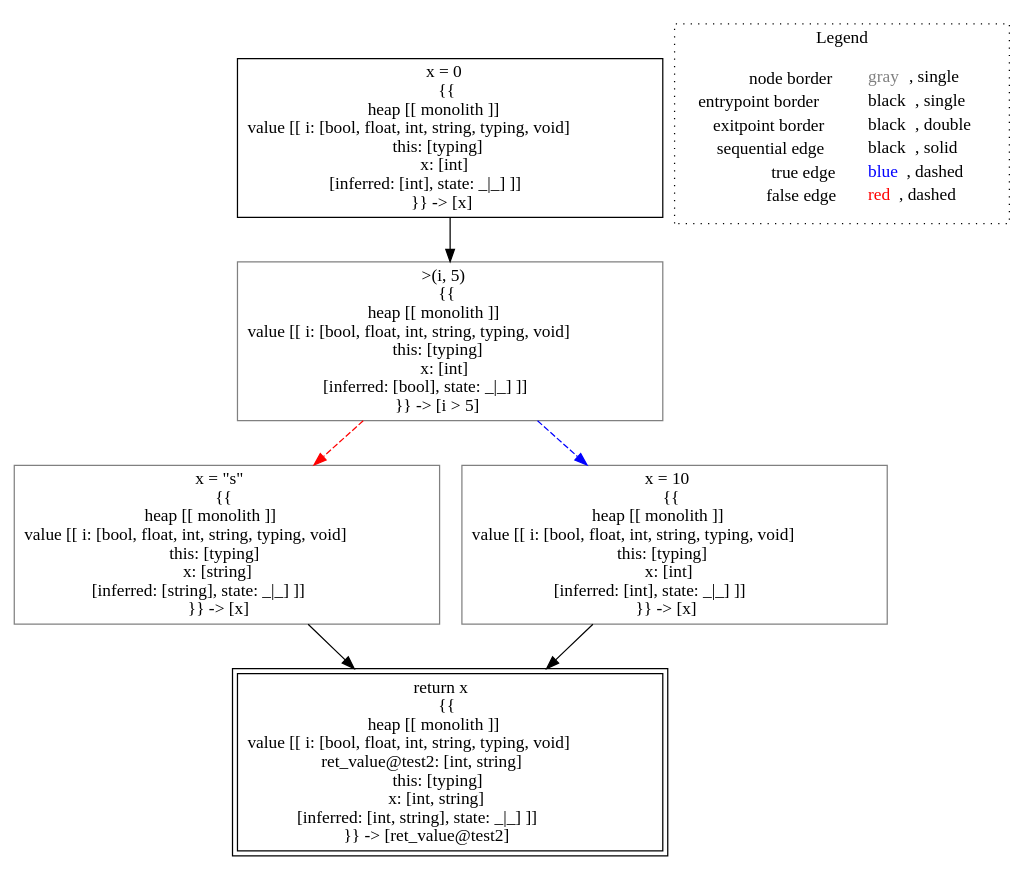
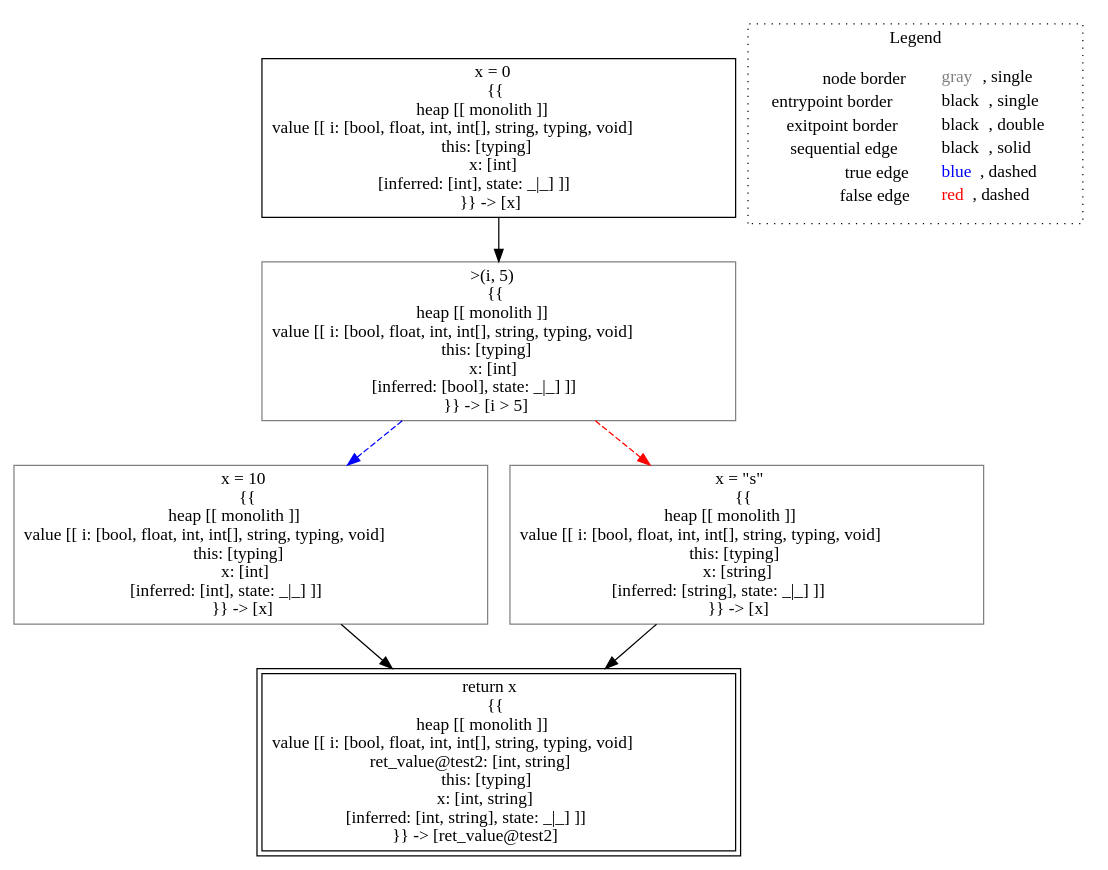
One commit to lisa-analyzer/lisa changed the diagram in lisa/imp-testcases/type-inference/typing___untyped_typing.test2(typing_this,_untyped_i).dot. Above: the diagram before and after it, drawn with Graphviz. The commit also changed 8 other files, not shown here.

Commit message:
#95 simple typing test, fixed monolithic rewriting for heap dereference

```diff
--- a/lisa/imp-testcases/type-inference/typing___untyped_typing.test2(typing_this,_untyped_i).dot
+++ b/lisa/imp-testcases/type-inference/typing___untyped_typing.test2(typing_this,_untyped_i).dot
@@ -1,19 +1,19 @@
 digraph {
-	"node0" [shape="rect",color="black",label=<x = 0<BR/>{{<BR/>heap [[ monolith ]]<BR/>value [[ i: [bool, float, int, string, typing, void]<BR/>this: [typing]<BR/>x: [int]<BR/>[inferred: [int], state: _|_] ]]<BR/>}} -&gt; [x]>];
-	"node1" [shape="rect",color="gray",label=<&gt;(i, 5)<BR/>{{<BR/>heap [[ monolith ]]<BR/>value [[ i: [bool, float, int, string, typing, void]<BR/>this: [typing]<BR/>x: [int]<BR/>[inferred: [bool], state: _|_] ]]<BR/>}} -&gt; [i &gt; 5]>];
-	"node2" [shape="rect",color="black",peripheries="2",label=<return x<BR/>{{<BR/>heap [[ monolith ]]<BR/>value [[ i: [bool, float, int, string, typing, void]<BR/>ret_value@test2: [int, string]<BR/>this: [typing]<BR/>x: [int, string]<BR/>[inferred: [int, string], state: _|_] ]]<BR/>}} -&gt; [ret_value@test2]>];
-	"node3" [shape="rect",color="gray",label=<x = &quot;s&quot;<BR/>{{<BR/>heap [[ monolith ]]<BR/>value [[ i: [bool, float, int, string, typing, void]<BR/>this: [typing]<BR/>x: [string]<BR/>[inferred: [string], state: _|_] ]]<BR/>}} -&gt; [x]>];
-	"node4" [shape="rect",color="gray",label=<x = 10<BR/>{{<BR/>heap [[ monolith ]]<BR/>value [[ i: [bool, float, int, string, typing, void]<BR/>this: [typing]<BR/>x: [int]<BR/>[inferred: [int], state: _|_] ]]<BR/>}} -&gt; [x]>];
-	"node0" -> "node1" [color="black"];
-	"node1" -> "node3" [color="red",style="dashed"];
-	"node1" -> "node4" [color="blue",style="dashed"];
-	"node3" -> "node2" [color="black"];
-	"node4" -> "node2" [color="black"];
+	"node0" [shape="rect",color="black",label=<x = 0<BR/>{{<BR/>heap [[ monolith ]]<BR/>value [[ i: [bool, float, int, int[], string, typing, void]<BR/>this: [typing]<BR/>x: [int]<BR/>[inferred: [int], state: _|_] ]]<BR/>}} -&gt; [x]>];
+	"node1" [shape="rect",color="gray",label=<x = 10<BR/>{{<BR/>heap [[ monolith ]]<BR/>value [[ i: [bool, float, int, int[], string, typing, void]<BR/>this: [typing]<BR/>x: [int]<BR/>[inferred: [int], state: _|_] ]]<BR/>}} -&gt; [x]>];
+	"node2" [shape="rect",color="gray",label=<&gt;(i, 5)<BR/>{{<BR/>heap [[ monolith ]]<BR/>value [[ i: [bool, float, int, int[], string, typing, void]<BR/>this: [typing]<BR/>x: [int]<BR/>[inferred: [bool], state: _|_] ]]<BR/>}} -&gt; [i &gt; 5]>];
+	"node3" [shape="rect",color="gray",label=<x = &quot;s&quot;<BR/>{{<BR/>heap [[ monolith ]]<BR/>value [[ i: [bool, float, int, int[], string, typing, void]<BR/>this: [typing]<BR/>x: [string]<BR/>[inferred: [string], state: _|_] ]]<BR/>}} -&gt; [x]>];
+	"node4" [shape="rect",color="black",peripheries="2",label=<return x<BR/>{{<BR/>heap [[ monolith ]]<BR/>value [[ i: [bool, float, int, int[], string, typing, void]<BR/>ret_value@test2: [int, string]<BR/>this: [typing]<BR/>x: [int, string]<BR/>[inferred: [int, string], state: _|_] ]]<BR/>}} -&gt; [ret_value@test2]>];
+	"node0" -> "node2" [color="black"];
+	"node1" -> "node4" [color="black"];
+	"node2" -> "node1" [color="blue",style="dashed"];
+	"node2" -> "node3" [color="red",style="dashed"];
+	"node3" -> "node4" [color="black"];
 subgraph cluster_legend {
 	label="Legend";
 	style=dotted;
 	node [shape=plaintext];
 	"legend" [label=<<table border="0" cellpadding="2" cellspacing="0" cellborder="0"><tr><td align="right">node border&nbsp;</td><td align="left"><font color="gray">gray</font>, single</td></tr><tr><td align="right">entrypoint border&nbsp;</td><td align="left"><font color="black">black</font>, single</td></tr><tr><td align="right">exitpoint border&nbsp;</td><td align="left"><font color="black">black</font>, double</td></tr><tr><td align="right">sequential edge&nbsp;</td><td align="left"><font color="black">black</font>, solid</td></tr><tr><td align="right">true edge&nbsp;</td><td align="left"><font color="blue">blue</font>, dashed</td></tr><tr><td align="right">false edge&nbsp;</td><td align="left"><font color="red">red</font>, dashed</td></tr></table>>];
 }
 
 }
```
